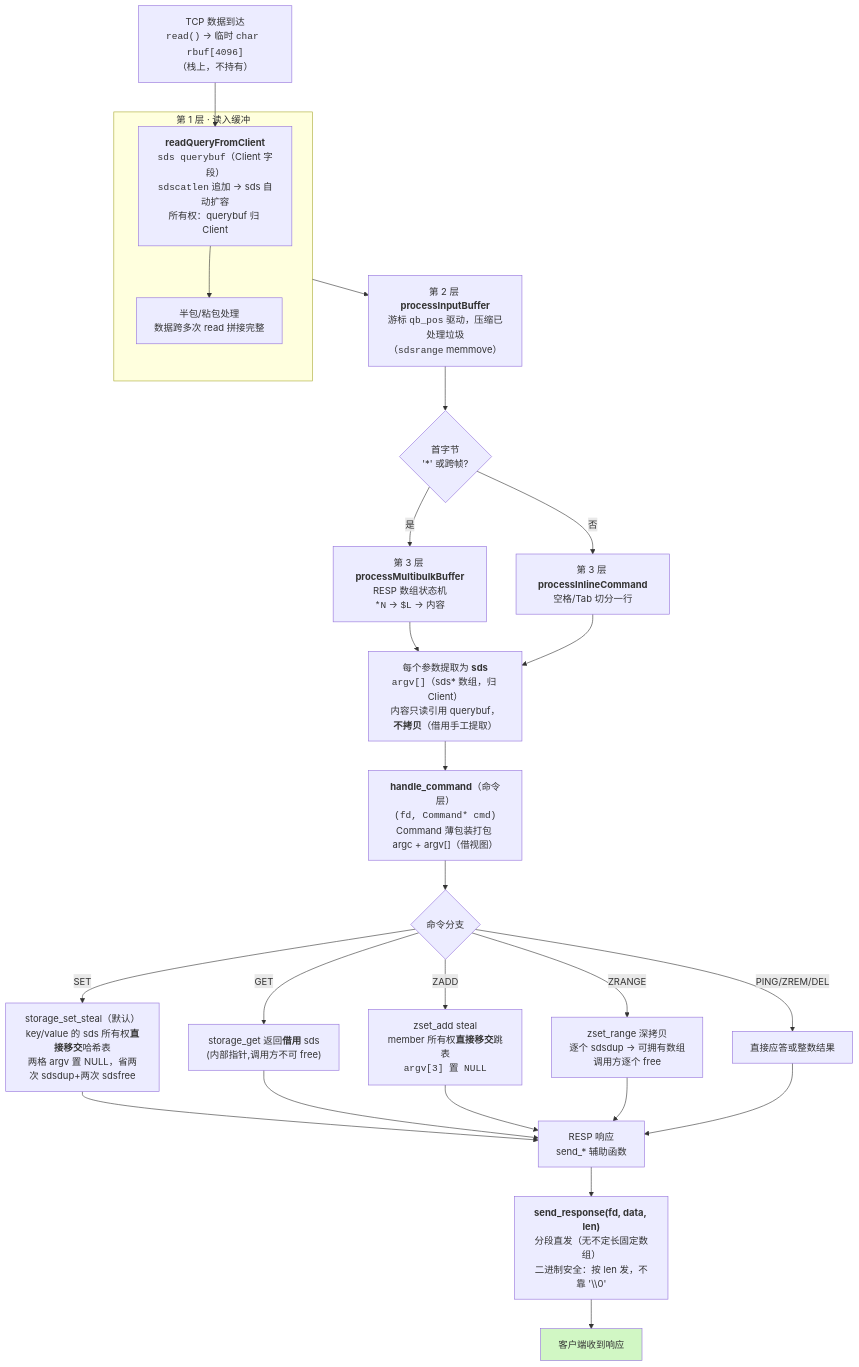
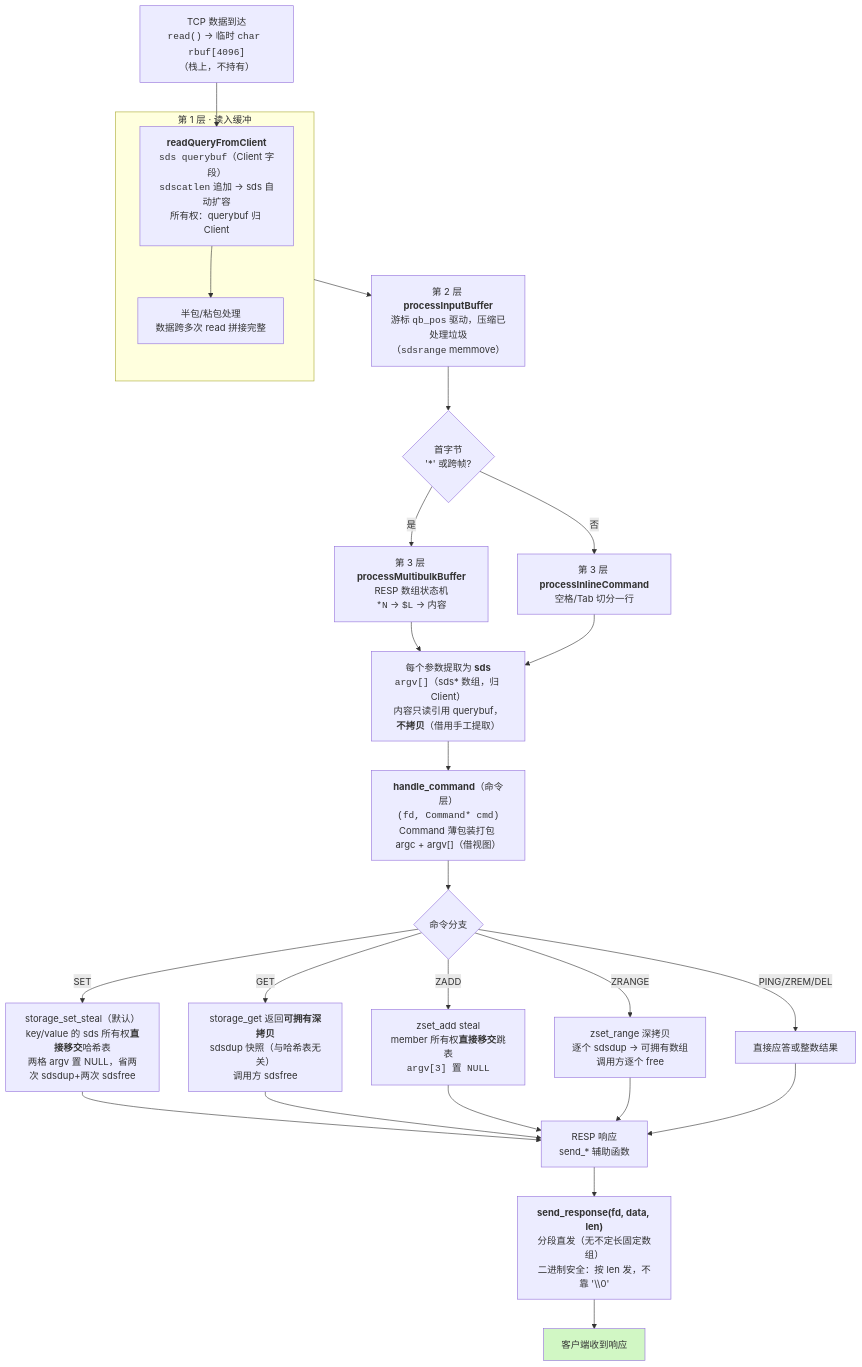
One commit to huangguodong234/mini-redis changed the diagram in README.md. Above: the diagram before and after it, drawn with Mermaid. The commit also changed other lines of this file and 6 other files, not shown here.

First line of the commit message:
GET 改全拷贝(方案C); 补齐 steal 置 NULL 的 sdsfree 判空说明注释

````diff
--- a/README.md
+++ b/README.md
@@ -117,40 +117,40 @@
 ```mermaid
 flowchart TD
     A["TCP 数据到达<br/><code>read()</code> → 临时 <code>char rbuf[4096]</code><br/>（栈上，不持有）"] 
     --> B
 
     subgraph L1["第 1 层 · 读入缓冲"]
         B["<b>readQueryFromClient</b><br/><code>sds querybuf</code>（Client 字段）<br/><code>sdscatlen</code> 追加 → sds 自动扩容<br/>所有权：querybuf 归 Client"]
         B --> B1["半包/粘包处理<br/>数据跨多次 read 拼接完整"]
     end
 
     L1 --> L2["第 2 层 <b>processInputBuffer</b><br/>游标 <code>qb_pos</code> 驱动，压缩已处理垃圾<br/>（<code>sdsrange</code> memmove）"]
 
     L2 --> M{首字节<br/>'*' 或跨帧?}
     M -- "是" --> L3a["第 3 层 <b>processMultibulkBuffer</b><br/>RESP 数组状态机<br/><code>*N</code> → <code>$L</code> → 内容"]
     M -- "否" --> L3b["第 3 层 <b>processInlineCommand</b><br/>空格/Tab 切分一行"]
 
     L3a --> P["每个参数提取为 <b>sds</b><br/><code>argv[]</code>（sds* 数组，归 Client）<br/>内容只读引用 querybuf，<b>不拷贝</b>（借用手工提取）"]
     L3b --> P
 
     P --> C["<b>handle_command</b>（命令层）<br/><code>(fd, Command* cmd)</code><br/>Command 薄包装打包 argc + argv[]（借视图）"]
 
     C --> D{"命令分支"}
 
     D -- "SET" --> S1["storage_set_steal（默认）<br/>key/value 的 sds 所有权<b>直接移交</b>哈希表<br/>两格 argv 置 NULL，省两次 sdsdup+两次 sdsfree"]
-    D -- "GET" --> G1["storage_get 返回<b>借用</b> sds<br/>(内部指针,调用方不可 free)"]
+    D -- "GET" --> G1["storage_get 返回<b>可拥有深拷贝</b><br/>sdsdup 快照（与哈希表无关）<br/>调用方 sdsfree"]
     D -- "ZADD" --> Z1["zset_add steal<br/>member 所有权<b>直接移交</b>跳表<br/><code>argv[3] 置 NULL</code>"]
     D -- "ZRANGE" --> Z2["zset_range 深拷贝<br/>逐个 sdsdup → 可拥有数组<br/>调用方逐个 free"]
     D -- "PING/ZREM/DEL" --> O1["直接应答或整数结果"]
 
     S1 --> R["RESP 响应<br/>send_* 辅助函数"]
     G1 --> R
     Z1 --> R
     Z2 --> R
     O1 --> R
 
     R --> S["<b>send_response(fd, data, len)</b><br/>分段直发（无不定长固定数组）<br/>二进制安全：按 len 发，不靠 '\\0'"]
     S --> E["客户端收到响应"]
 
     style E fill:#d1f7c4
 ```
````
